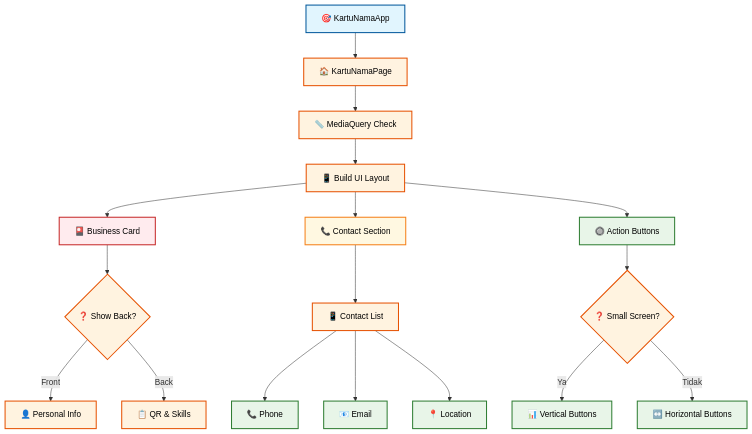
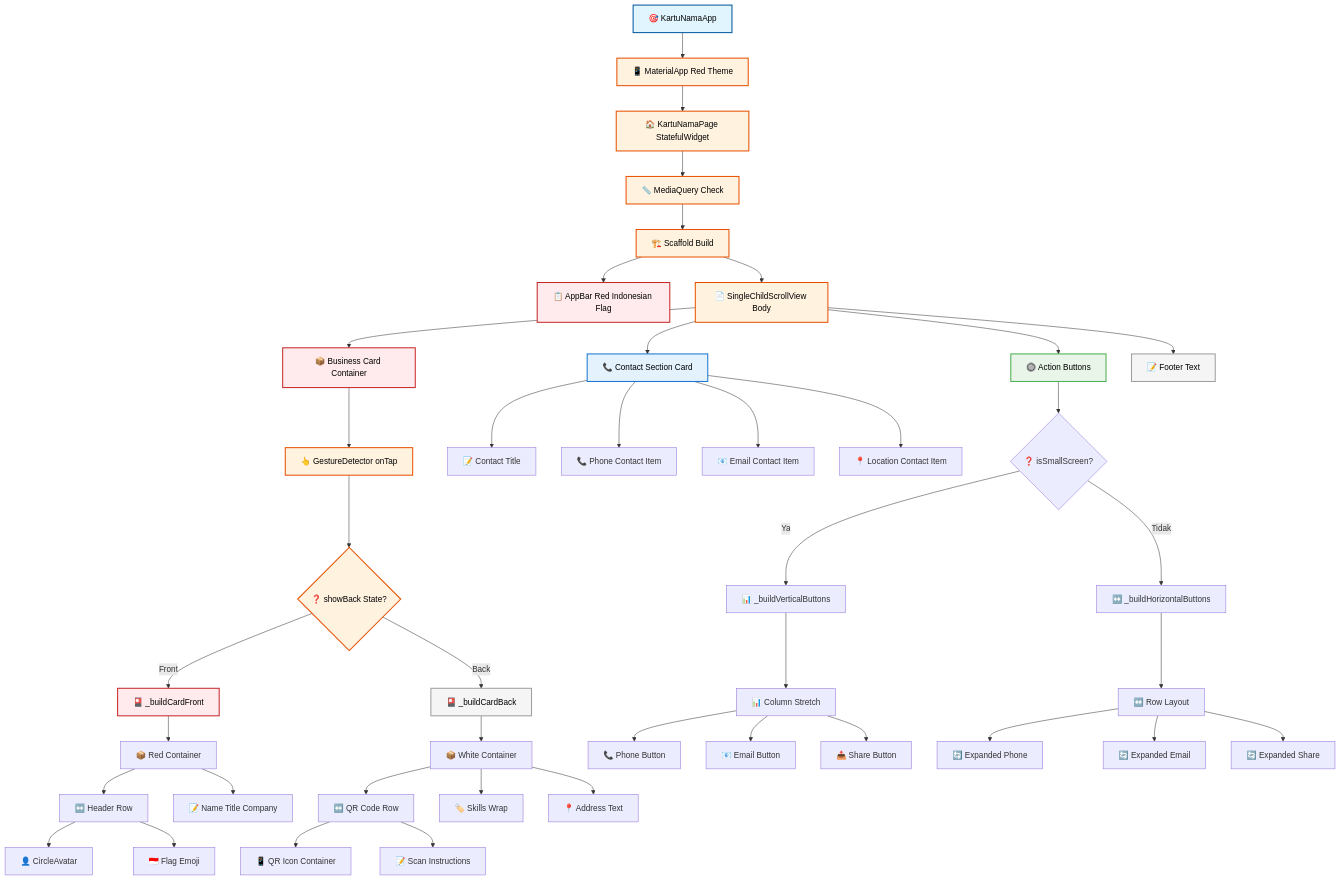
One commit to antonprafanto/flutter changed diagram 11 of 11 in pertemuan3.md. Above: the diagram before and after it, drawn with Mermaid. The commit also changed other lines of this file, not shown here.

````diff
--- a/pertemuan3.md
+++ b/pertemuan3.md
@@ -1229,41 +1624,68 @@
 ```mermaid
 flowchart TD
-    A[🎯 KartuNamaApp] --> B[🏠 KartuNamaPage]
-    B --> C[📏 MediaQuery Check]
-    C --> D[📱 Build UI Layout]
+    A[🎯 KartuNamaApp] --> B[📱 MaterialApp Red Theme]
+    B --> C[🏠 KartuNamaPage StatefulWidget]
+    C --> D[📏 MediaQuery Check]
+    D --> E[🏗️ Scaffold Build]
     
-    D --> E[🎴 Business Card]
-    D --> F[📞 Contact Section]
-    D --> G[🔘 Action Buttons]
+    E --> F[📋 AppBar Red Indonesian Flag]
+    E --> G[📄 SingleChildScrollView Body]
     
-    E --> H{❓ Show Back?}
-    H -->|Front| I[👤 Personal Info]
-    H -->|Back| J[📋 QR & Skills]
+    G --> H[📦 Business Card Container]
+    G --> I[📞 Contact Section Card]
+    G --> J[🔘 Action Buttons]
+    G --> K[📝 Footer Text]
     
-    F --> K[📱 Contact List]
-    K --> L[📞 Phone]
-    K --> M[📧 Email]
-    K --> N[📍 Location]
+    H --> L[👆 GestureDetector onTap]
+    L --> M{❓ showBack State?}
+    M -->|Front| N[🎴 _buildCardFront]
+    M -->|Back| O[🎴 _buildCardBack]
     
-    G --> O{❓ Small Screen?}
-    O -->|Ya| P[📊 Vertical Buttons]
-    O -->|Tidak| Q[↔️ Horizontal Buttons]
+    N --> P[📦 Red Container]
+    P --> Q[↔️ Header Row]
+    Q --> R[👤 CircleAvatar]
+    Q --> S[🇮🇩 Flag Emoji]
+    P --> T[📝 Name Title Company]
+    
+    O --> U[📦 White Container]
+    U --> V[↔️ QR Code Row]
+    V --> W[📱 QR Icon Container]
+    V --> X[📝 Scan Instructions]
+    U --> Y[🏷️ Skills Wrap]
+    U --> Z[📍 Address Text]
+    
+    I --> AA[📝 Contact Title]
+    I --> BB[📞 Phone Contact Item]
+    I --> CC[📧 Email Contact Item]
+    I --> DD[📍 Location Contact Item]
+    
+    J --> EE{❓ isSmallScreen?}
+    EE -->|Ya| FF[📊 _buildVerticalButtons]
+    EE -->|Tidak| GG[↔️ _buildHorizontalButtons]
+    
+    FF --> HH[📊 Column Stretch]
+    HH --> II[📞 Phone Button]
+    HH --> JJ[📧 Email Button]
+    HH --> KK[📤 Share Button]
+    
+    GG --> LL[↔️ Row Layout]
+    LL --> MM[🔄 Expanded Phone]
+    LL --> NN[🔄 Expanded Email]
+    LL --> OO[🔄 Expanded Share]
     
     style A fill:#e1f5fe,stroke:#01579b,stroke-width:2px,color:#000
     style B fill:#fff3e0,stroke:#e65100,stroke-width:2px,color:#000
     style C fill:#fff3e0,stroke:#e65100,stroke-width:2px,color:#000
     style D fill:#fff3e0,stroke:#e65100,stroke-width:2px,color:#000
-    style E fill:#ffebee,stroke:#c62828,stroke-width:2px,color:#000
-    style F fill:#fff8e1,stroke:#f57f17,stroke-width:2px,color:#000
-    style G fill:#e8f5e8,stroke:#2e7d32,stroke-width:2px,color:#000
-    style H fill:#fff3e0,stroke:#e65100,stroke-width:2px,color:#000
-    style I fill:#fff3e0,stroke:#e65100,stroke-width:2px,color:#000
-    style J fill:#fff3e0,stroke:#e65100,stroke-width:2px,color:#000
-    style K fill:#fff3e0,stroke:#e65100,stroke-width:2px,color:#000
-    style L fill:#e8f5e8,stroke:#2e7d32,stroke-width:2px,color:#000
-    style M fill:#e8f5e8,stroke:#2e7d32,stroke-width:2px,color:#000
-    style N fill:#e8f5e8,stroke:#2e7d32,stroke-width:2px,color:#000
-    style O fill:#fff3e0,stroke:#e65100,stroke-width:2px,color:#000
-    style P fill:#e8f5e8,stroke:#2e7d32,stroke-width:2px,color:#000
-    style Q fill:#e8f5e8,stroke:#2e7d32,stroke-width:2px,color:#000
+    style E fill:#fff3e0,stroke:#e65100,stroke-width:2px,color:#000
+    style F fill:#ffebee,stroke:#c62828,stroke-width:2px,color:#000
+    style G fill:#fff3e0,stroke:#e65100,stroke-width:2px,color:#000
+    style H fill:#ffebee,stroke:#c62828,stroke-width:2px,color:#000
+    style I fill:#e3f2fd,stroke:#1976d2,stroke-width:2px,color:#000
+    style J fill:#e8f5e8,stroke:#4caf50,stroke-width:2px,color:#000
+    style K fill:#f5f5f5,stroke:#9e9e9e,stroke-width:2px,color:#000
+    style L fill:#fff3e0,stroke:#e65100,stroke-width:2px,color:#000
+    style M fill:#fff3e0,stroke:#e65100,stroke-width:2px,color:#000
+    style N fill:#ffebee,stroke:#c62828,stroke-width:2px,color:#000
+    style O fill:#f5f5f5,stroke:#9e9e9e,stroke-width:2px,color:#000
 ```
````
